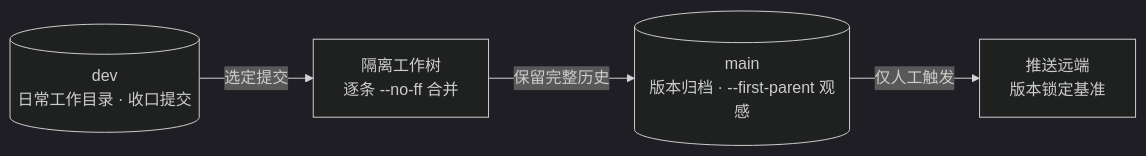
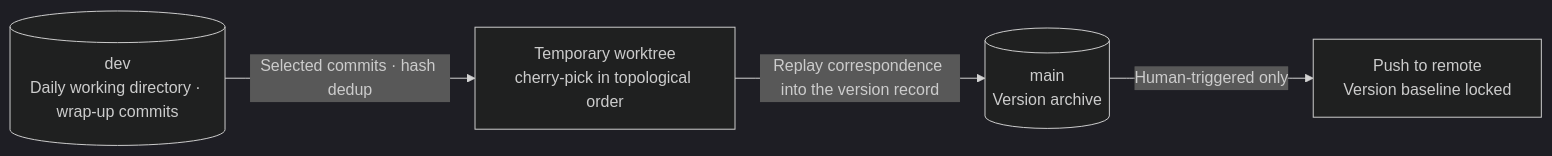
The fourth of 4 diagrams in DESIGN_en.md (adichou/agent-team-board), drawn with Mermaid (dark theme) before and after one commit. The commit also changed other lines of this file and 11 other files, not shown here.

````diff
--- a/DESIGN_en.md
+++ b/DESIGN_en.md
@@ -151,6 +153,6 @@
 ```mermaid
 flowchart LR
-    DEV[("dev<br/>日常工作目录 · 收口提交")] -->|"选定提交"| WT["隔离工作树<br/>逐条 --no-ff 合并"]
-    WT -->|"保留完整历史"| MAIN[("main<br/>版本归档 · --first-parent 观感")]
-    MAIN -->|"仅人工触发"| PUSH["推送远端<br/>版本锁定基准"]
+    DEV[("dev<br/>Daily working directory · wrap-up commits")] -->|"Selected commits · hash dedup"| WT["Temporary worktree<br/>cherry-pick in topological order"]
+    WT -->|"Replay correspondence into the version record"| MAIN[("main<br/>Version archive")]
+    MAIN -->|"Human-triggered only"| PUSH["Push to remote<br/>Version baseline locked"]
 ```
````
